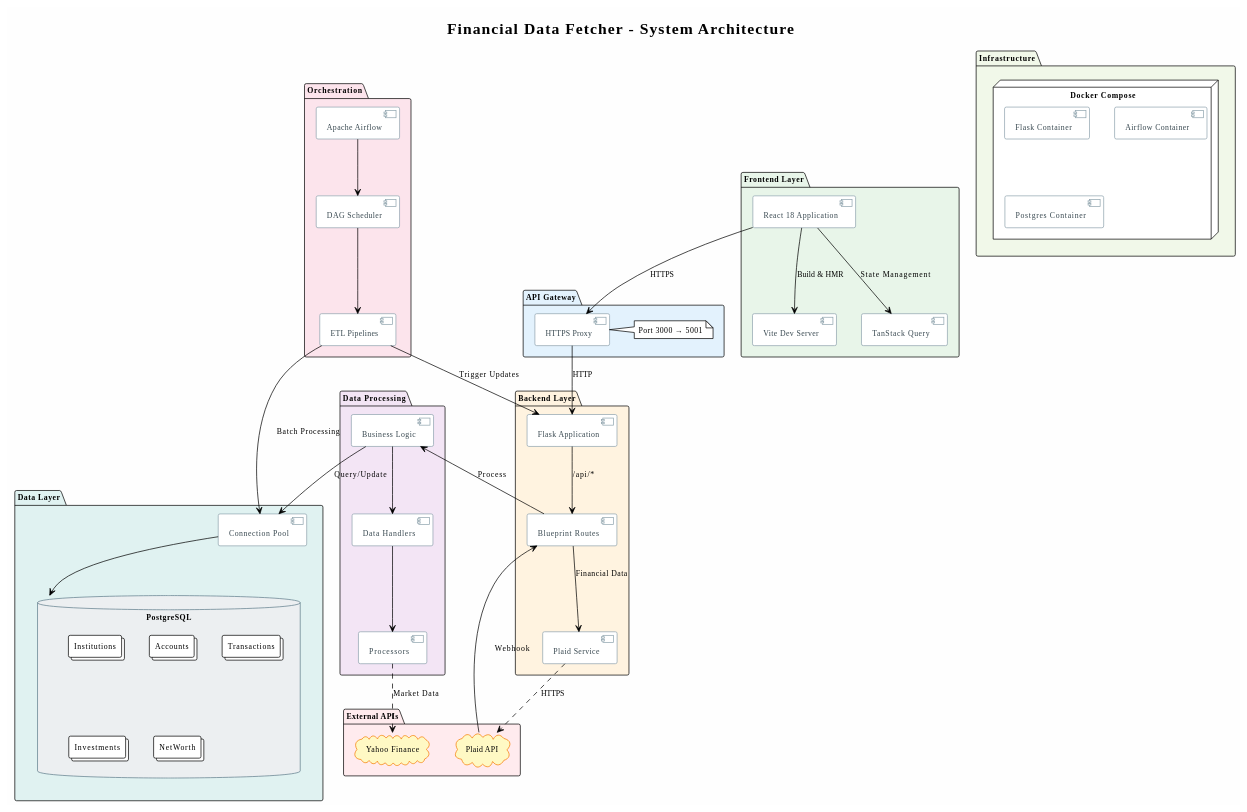
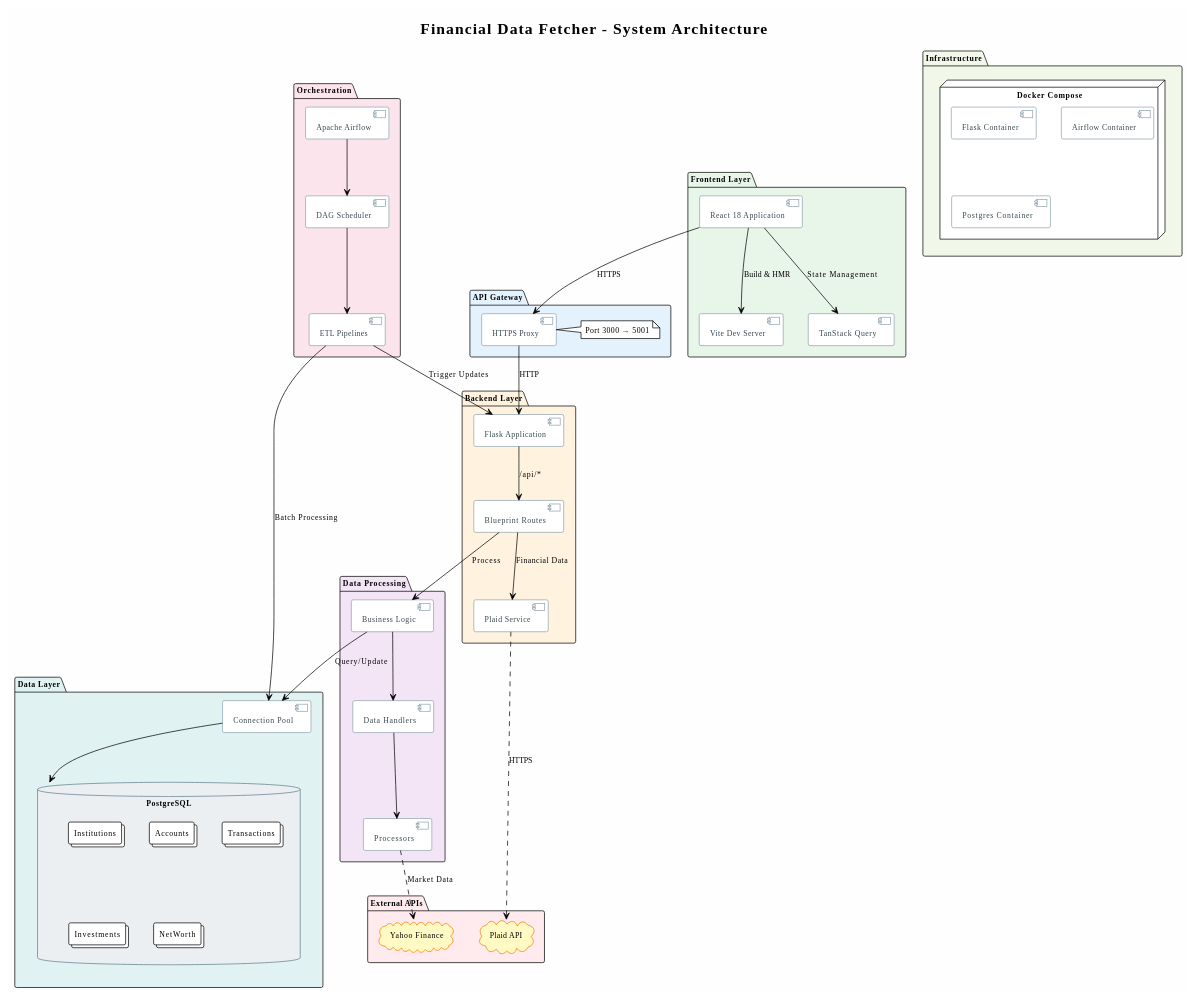
One commit to m-dur/docs changed the first of 2 diagrams in README.md. Above: the diagram before and after it, drawn with PlantUML. The commit also changed other lines of this file, not shown here.

```diff
--- a/README.md
+++ b/README.md
@@ -94,7 +94,6 @@
 Routes --> Logic : Process
 Logic --> Pool : Query/Update
 ETL --> Pool : Batch Processing
-PlaidAPI --> Routes : Webhook
 
 ' Styling
 skinparam component {
```
